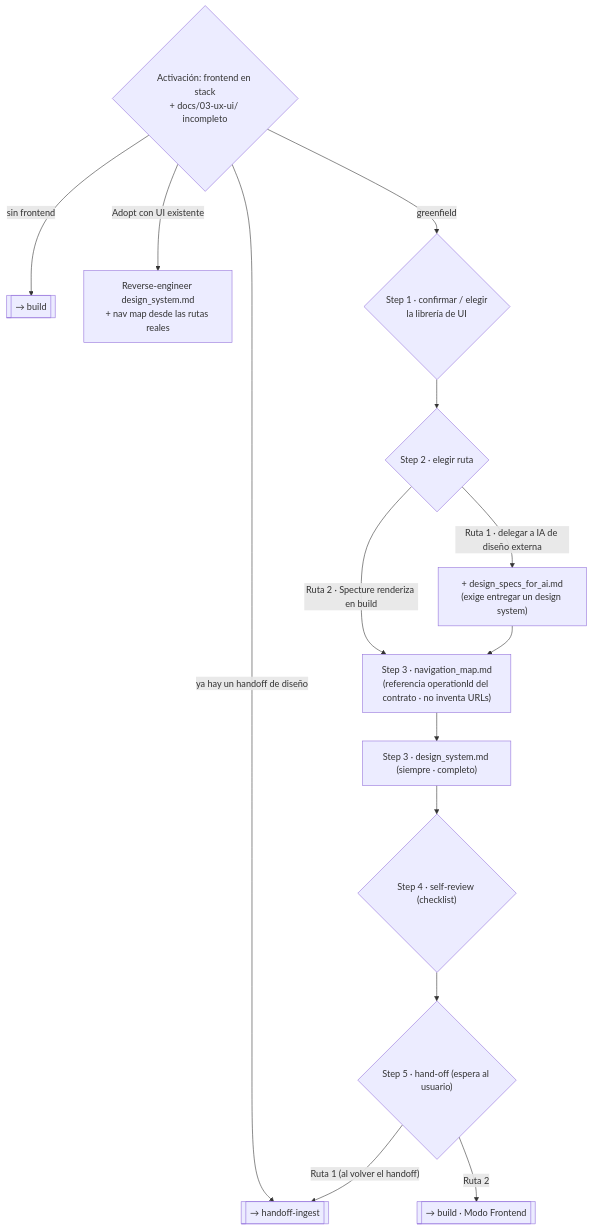
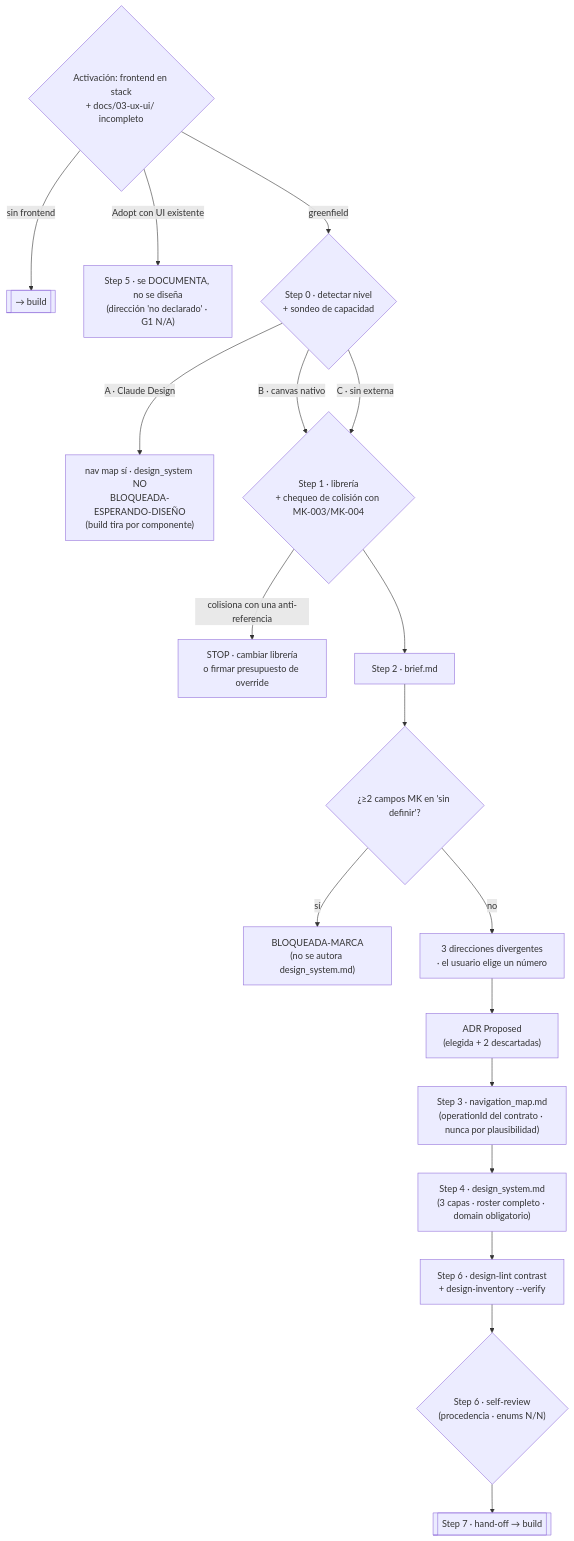
One commit to FerEscobarDev/Specture changed diagram 11 of 18 in docs/execution-flows.md. Above: the diagram before and after it, drawn with Mermaid. The commit also changed other lines of this file and 9 other files, not shown here.

First line of the commit message:
refactor(design): eliminar handoff-ingest por completo

````diff
--- a/docs/execution-flows.md
+++ b/docs/execution-flows.md
@@ -351,17 +350,21 @@
 ```mermaid
 flowchart TD
     AC{"Activación: frontend en stack<br/>+ docs/03-ux-ui/ incompleto"}
     AC -->|"sin frontend"| BLD[["→ build"]]
-    AC -->|"Adopt con UI existente"| RE["Reverse-engineer design_system.md<br/>+ nav map desde las rutas reales"]
-    AC -->|"ya hay un handoff de diseño"| HI[["→ handoff-ingest"]]
-    AC -->|"greenfield"| L{"Step 1 · confirmar / elegir<br/>la librería de UI"}
-    L --> RT{"Step 2 · elegir ruta"}
-    RT -->|"Ruta 1 · delegar a IA de diseño externa"| SPECS["+ design_specs_for_ai.md<br/>(exige entregar un design system)"]
-    RT -->|"Ruta 2 · Specture renderiza en build"| NAV
-    SPECS --> NAV["Step 3 · navigation_map.md<br/>(referencia operationId del contrato · no inventa URLs)"]
-    NAV --> DS["Step 3 · design_system.md (siempre · completo)"]
-    DS --> SR{"Step 4 · self-review (checklist)"}
-    SR --> HO{"Step 5 · hand-off (espera al usuario)"}
-    HO -->|"Ruta 1 (al volver el handoff)"| HI
-    HO -->|"Ruta 2"| BLD2[["→ build · Modo Frontend"]]
+    AC -->|"Adopt con UI existente"| RE["Step 5 · se DOCUMENTA, no se diseña<br/>(dirección 'no declarado' · G1 N/A)"]
+    AC -->|"greenfield"| N{"Step 0 · detectar nivel<br/>+ sondeo de capacidad"}
+    N -->|"A · Claude Design"| EXT["nav map sí · design_system NO<br/>BLOQUEADA-ESPERANDO-DISEÑO<br/>(build tira por componente)"]
+    N -->|"B · canvas nativo"| L
+    N -->|"C · sin externa"| L{"Step 1 · librería<br/>+ chequeo de colisión con MK-003/MK-004"}
+    L -->|"colisiona con una anti-referencia"| STOP["STOP · cambiar librería<br/>o firmar presupuesto de override"]
+    L --> BR["Step 2 · brief.md"]
+    BR --> MK{"¿≥2 campos MK en 'sin definir'?"}
+    MK -->|"sí"| BLK["BLOQUEADA-MARCA<br/>(no se autora design_system.md)"]
+    MK -->|"no"| D3["3 direcciones divergentes<br/>· el usuario elige un número"]
+    D3 --> ADR["ADR Proposed<br/>(elegida + 2 descartadas)"]
+    ADR --> NAV["Step 3 · navigation_map.md<br/>(operationId del contrato · nunca por plausibilidad)"]
+    NAV --> DS["Step 4 · design_system.md<br/>(3 capas · roster completo · domain obligatorio)"]
+    DS --> CK["Step 6 · design-lint contrast<br/>+ design-inventory --verify"]
+    CK --> SR{"Step 6 · self-review<br/>(procedencia · enums N/N)"}
+    SR --> HO[["Step 7 · hand-off → build"]]
 ```
````
